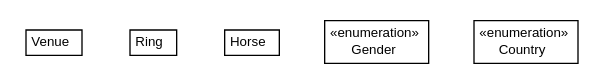
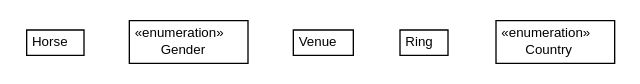
The diagram in doxdb-sample-web/apidocs/net/trajano/doxdb/sample/json/net.trajano.doxdb.sample.json.dot (trajano/doxdb), drawn with Graphviz before and after one commit. The commit also changed 134 other files, not shown here.

```diff
--- a/doxdb-sample-web/apidocs/net/trajano/doxdb/sample/json/net.trajano.doxdb.sample.json.dot
+++ b/doxdb-sample-web/apidocs/net/trajano/doxdb/sample/json/net.trajano.doxdb.sample.json.dot
@@ -1,44 +1,44 @@
 #!/usr/local/bin/dot
 #
 # Class diagram 
 # Generated by UMLGraph version R5_6-24-gf6e263 (http://www.umlgraph.org/)
 #
 
 digraph G {
-	edge [fontname="arial",fontsize=10,labelfontname="arial",labelfontsize=10];
-	node [fontname="arial",fontsize=10,shape=plaintext];
+	edge [fontname="Helvetica",fontsize=10,labelfontname="Helvetica",labelfontsize=10];
+	node [fontname="Helvetica",fontsize=10,shape=plaintext];
 	nodesep=0.25;
 	ranksep=0.5;
-	// net.trajano.doxdb.sample.json.Venue
-	c25 [label=<<table title="net.trajano.doxdb.sample.json.Venue" border="0" cellborder="1" cellspacing="0" cellpadding="2" port="p" href="./Venue.html">
-		<tr><td><table border="0" cellspacing="0" cellpadding="1">
-<tr><td align="center" balign="center"> Venue </td></tr>
-		</table></td></tr>
-		</table>>, URL="./Venue.html", fontname="arial", fontcolor="black", fontsize=10.0];
-	// net.trajano.doxdb.sample.json.Ring
-	c26 [label=<<table title="net.trajano.doxdb.sample.json.Ring" border="0" cellborder="1" cellspacing="0" cellpadding="2" port="p" href="./Ring.html">
-		<tr><td><table border="0" cellspacing="0" cellpadding="1">
-<tr><td align="center" balign="center"> Ring </td></tr>
-		</table></td></tr>
-		</table>>, URL="./Ring.html", fontname="arial", fontcolor="black", fontsize=10.0];
 	// net.trajano.doxdb.sample.json.Horse
-	c27 [label=<<table title="net.trajano.doxdb.sample.json.Horse" border="0" cellborder="1" cellspacing="0" cellpadding="2" port="p" href="./Horse.html">
+	c25 [label=<<table title="net.trajano.doxdb.sample.json.Horse" border="0" cellborder="1" cellspacing="0" cellpadding="2" port="p" href="./Horse.html">
 		<tr><td><table border="0" cellspacing="0" cellpadding="1">
 <tr><td align="center" balign="center"> Horse </td></tr>
 		</table></td></tr>
-		</table>>, URL="./Horse.html", fontname="arial", fontcolor="black", fontsize=10.0];
+		</table>>, URL="./Horse.html", fontname="Helvetica", fontcolor="black", fontsize=10.0];
 	// net.trajano.doxdb.sample.json.Horse.Gender
-	c28 [label=<<table title="net.trajano.doxdb.sample.json.Horse.Gender" border="0" cellborder="1" cellspacing="0" cellpadding="2" port="p" href="./Horse.Gender.html">
+	c26 [label=<<table title="net.trajano.doxdb.sample.json.Horse.Gender" border="0" cellborder="1" cellspacing="0" cellpadding="2" port="p" href="./Horse.Gender.html">
 		<tr><td><table border="0" cellspacing="0" cellpadding="1">
 <tr><td align="center" balign="center"> &#171;enumeration&#187; </td></tr>
 <tr><td align="center" balign="center"> Gender </td></tr>
 		</table></td></tr>
-		</table>>, URL="./Horse.Gender.html", fontname="arial", fontcolor="black", fontsize=10.0];
+		</table>>, URL="./Horse.Gender.html", fontname="Helvetica", fontcolor="black", fontsize=10.0];
+	// net.trajano.doxdb.sample.json.Venue
+	c27 [label=<<table title="net.trajano.doxdb.sample.json.Venue" border="0" cellborder="1" cellspacing="0" cellpadding="2" port="p" href="./Venue.html">
+		<tr><td><table border="0" cellspacing="0" cellpadding="1">
+<tr><td align="center" balign="center"> Venue </td></tr>
+		</table></td></tr>
+		</table>>, URL="./Venue.html", fontname="Helvetica", fontcolor="black", fontsize=10.0];
+	// net.trajano.doxdb.sample.json.Ring
+	c28 [label=<<table title="net.trajano.doxdb.sample.json.Ring" border="0" cellborder="1" cellspacing="0" cellpadding="2" port="p" href="./Ring.html">
+		<tr><td><table border="0" cellspacing="0" cellpadding="1">
+<tr><td align="center" balign="center"> Ring </td></tr>
+		</table></td></tr>
+		</table>>, URL="./Ring.html", fontname="Helvetica", fontcolor="black", fontsize=10.0];
 	// net.trajano.doxdb.sample.json.Country
 	c29 [label=<<table title="net.trajano.doxdb.sample.json.Country" border="0" cellborder="1" cellspacing="0" cellpadding="2" port="p" href="./Country.html">
 		<tr><td><table border="0" cellspacing="0" cellpadding="1">
 <tr><td align="center" balign="center"> &#171;enumeration&#187; </td></tr>
 <tr><td align="center" balign="center"> Country </td></tr>
 		</table></td></tr>
-		</table>>, URL="./Country.html", fontname="arial", fontcolor="black", fontsize=10.0];
+		</table>>, URL="./Country.html", fontname="Helvetica", fontcolor="black", fontsize=10.0];
 }
```
